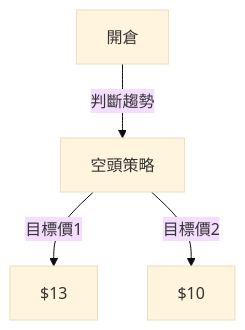
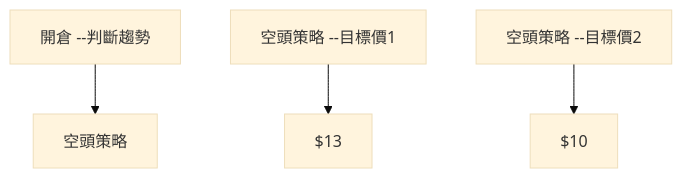
One commit to yennanliu/finance_data changed the tenth of 11 diagrams in ai_gen_report/stock/sofi/technical_analysis_2026-03-28_openai.md. Above: the diagram before and after it, drawn with Mermaid (base theme). The commit also changed other lines of this file and 2258 other files, not shown here.

First line of the commit message:
chore: backfill Mermaid syntax repair across existing reports

````diff
--- a/ai_gen_report/stock/sofi/technical_analysis_2026-03-28_openai.md
+++ b/ai_gen_report/stock/sofi/technical_analysis_2026-03-28_openai.md
@@ -321,6 +321,6 @@
 ```mermaid
 graph TD
-    開倉 --判斷趨勢--> 空頭策略
-    空頭策略 --目標價1--> $13
-    空頭策略 --目標價2--> $10
+    nb1["開倉 --判斷趨勢"] --> 空頭策略
+    nb2["空頭策略 --目標價1"] --> nb3["$13"]
+    nb4["空頭策略 --目標價2"] --> nb5["$10"]
 ```
````
